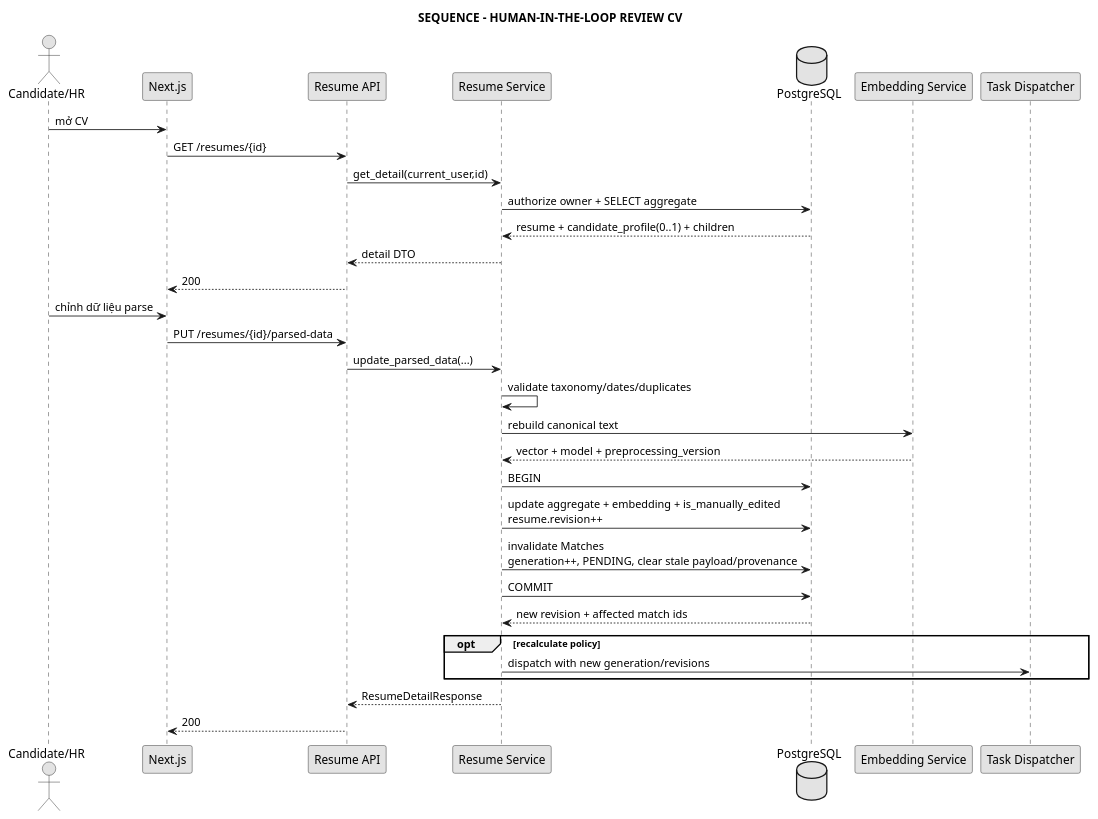
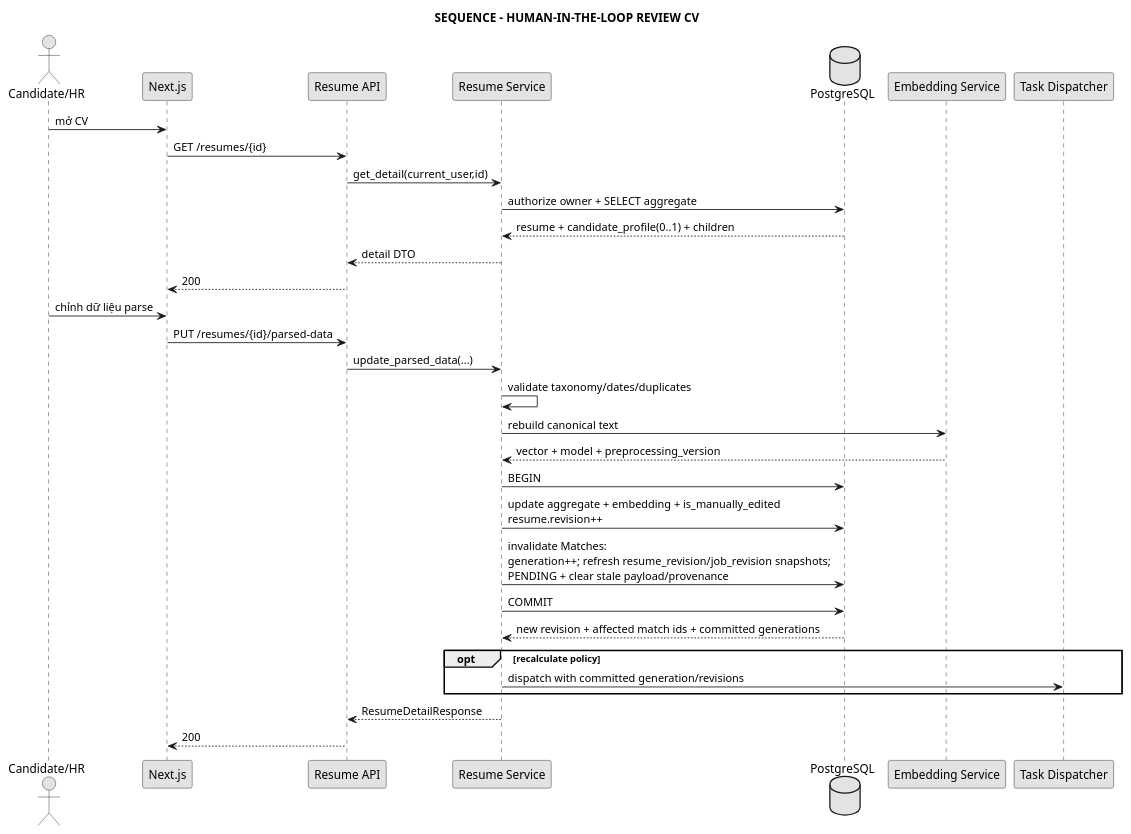
Before and after one commit to anh632k-ui/WebCVUngVienTuyenDung: the diagram in docs/04_sequence/seq_review_cv.puml, drawn with PlantUML.

Commit message:
docs(sequence): refresh match snapshots on CV invalidation

```diff
--- a/docs/04_sequence/seq_review_cv.puml
+++ b/docs/04_sequence/seq_review_cv.puml
@@ -1,38 +1,38 @@
 @startuml
 skinparam monochrome true
 skinparam shadowing false
 title SEQUENCE - HUMAN-IN-THE-LOOP REVIEW CV
 
 actor "Candidate/HR" as User
 participant "Next.js" as FE
 participant "Resume API" as API
 participant "Resume Service" as Service
 database "PostgreSQL" as DB
 participant "Embedding Service" as Embedding
 participant "Task Dispatcher" as Dispatcher
 
 User -> FE : mở CV
 FE -> API : GET /resumes/{id}
 API -> Service : get_detail(current_user,id)
 Service -> DB : authorize owner + SELECT aggregate
 DB --> Service : resume + candidate_profile(0..1) + children
 Service --> API : detail DTO
 API --> FE : 200
 
 User -> FE : chỉnh dữ liệu parse
 FE -> API : PUT /resumes/{id}/parsed-data
 API -> Service : update_parsed_data(...)
 Service -> Service : validate taxonomy/dates/duplicates
 Service -> Embedding : rebuild canonical text
 Embedding --> Service : vector + model + preprocessing_version
 Service -> DB : BEGIN
 Service -> DB : update aggregate + embedding + is_manually_edited\nresume.revision++
-Service -> DB : invalidate Matches\ngeneration++, PENDING, clear stale payload/provenance
+Service -> DB : invalidate Matches:\ngeneration++; refresh resume_revision/job_revision snapshots;\nPENDING + clear stale payload/provenance
 Service -> DB : COMMIT
-DB --> Service : new revision + affected match ids
+DB --> Service : new revision + affected match ids + committed generations
 opt recalculate policy
-  Service -> Dispatcher : dispatch with new generation/revisions
+  Service -> Dispatcher : dispatch with committed generation/revisions
 end
 Service --> API : ResumeDetailResponse
 API --> FE : 200
 @enduml
```
